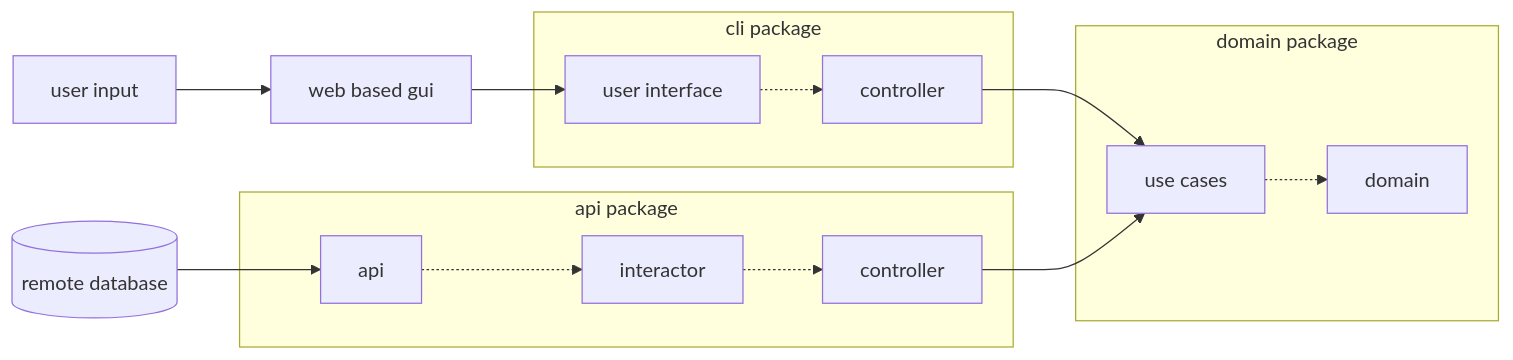
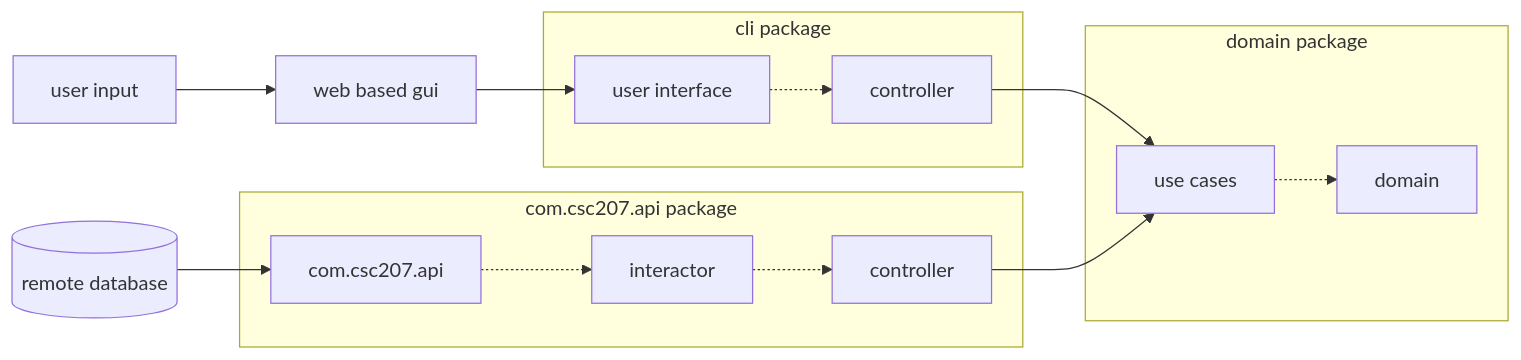
The diagram in DesignReport.md (thelfenbaum/RoutineOptimizer-SpringBoot), drawn with Mermaid before and after one commit. The commit also changed other lines of this file and 44 other files, not shown here.

````diff
--- a/DesignReport.md
+++ b/DesignReport.md
@@ -155,18 +155,18 @@
 ```mermaid 
     flowchart LR
     U["user input"] --> WBG["web based gui"] --> CLI["cli"]
     subgraph clip ["cli package"]
     CLI["user interface"] -.-> CLIC["controller"] 
     end
     CLIC --> UC["use cases"]
     subgraph d ["domain package"]
     UC -.-> domain
     end
     APIC["controller"] --> UC
-    subgraph apip["api package"]
+    subgraph apip["com.csc207.api package"]
     APII["interactor"] -.-> APIC
     API["repository/gateway"] -.-> APII
     end 
-    DB[("remote database")] --> API["api"]
+    DB[("remote database")] --> API["com.csc207.api"]
     
 ```
````
